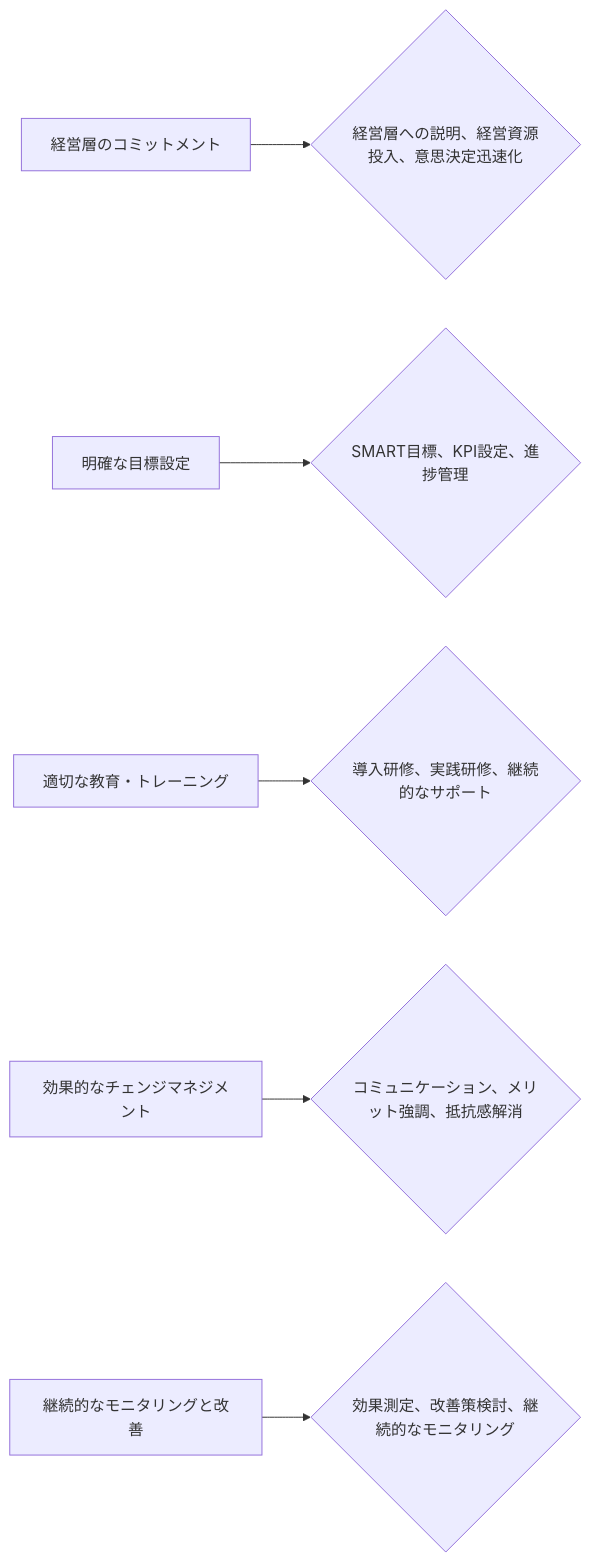
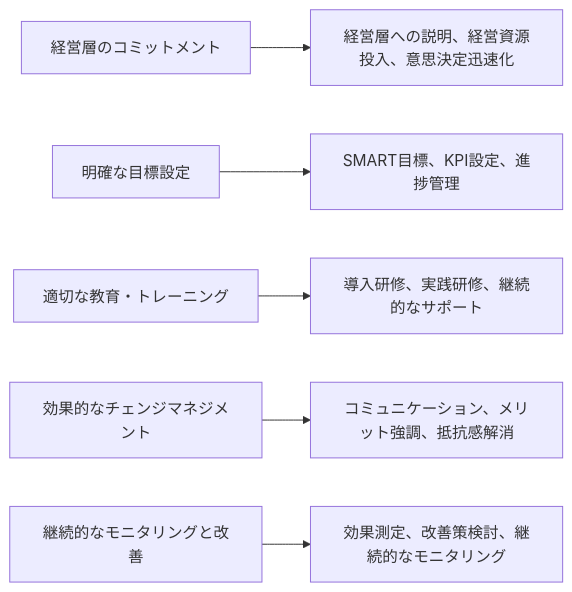
One commit to SparklingDetergent/doc_genai_How_to_evaluate_the_cost-effectiveness_of_using_generative_AI_for_business_purposes changed diagram 12 of 16 in README.md. Above: the diagram before and after it, drawn with Mermaid. The commit also changed other lines of this file, not shown here.

````diff
--- a/README.md
+++ b/README.md
@@ -418,8 +429,8 @@
 ```mermaid
 graph LR
-    A[経営層のコミットメント] --> B{経営層への説明、経営資源投入、意思決定迅速化}
-    C[明確な目標設定] --> D{SMART目標、KPI設定、進捗管理}
-    E[適切な教育・トレーニング] --> F{導入研修、実践研修、継続的なサポート}
-    G[効果的なチェンジマネジメント] --> H{コミュニケーション、メリット強調、抵抗感解消}
-    I[継続的なモニタリングと改善] --> J{効果測定、改善策検討、継続的なモニタリング}
+    A[経営層のコミットメント] --> B[経営層への説明、経営資源投入、意思決定迅速化]
+    C[明確な目標設定] --> D[SMART目標、KPI設定、進捗管理]
+    E[適切な教育・トレーニング] --> F[導入研修、実践研修、継続的なサポート]
+    G[効果的なチェンジマネジメント] --> H[コミュニケーション、メリット強調、抵抗感解消]
+    I[継続的なモニタリングと改善] --> J[効果測定、改善策検討、継続的なモニタリング]
 ```
````
